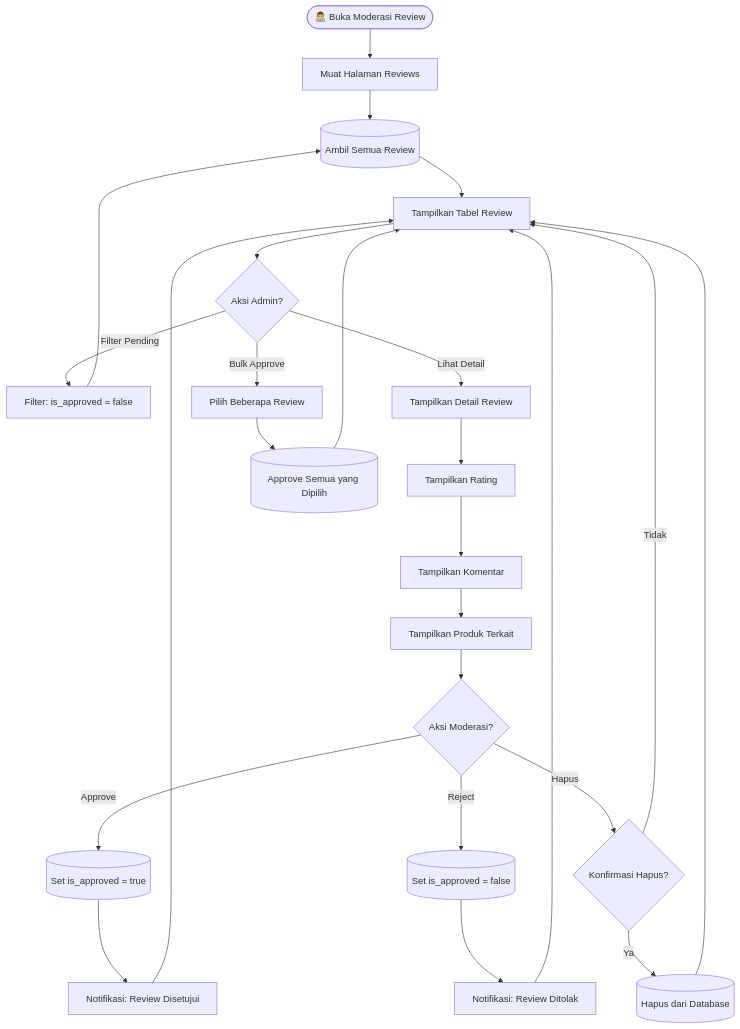
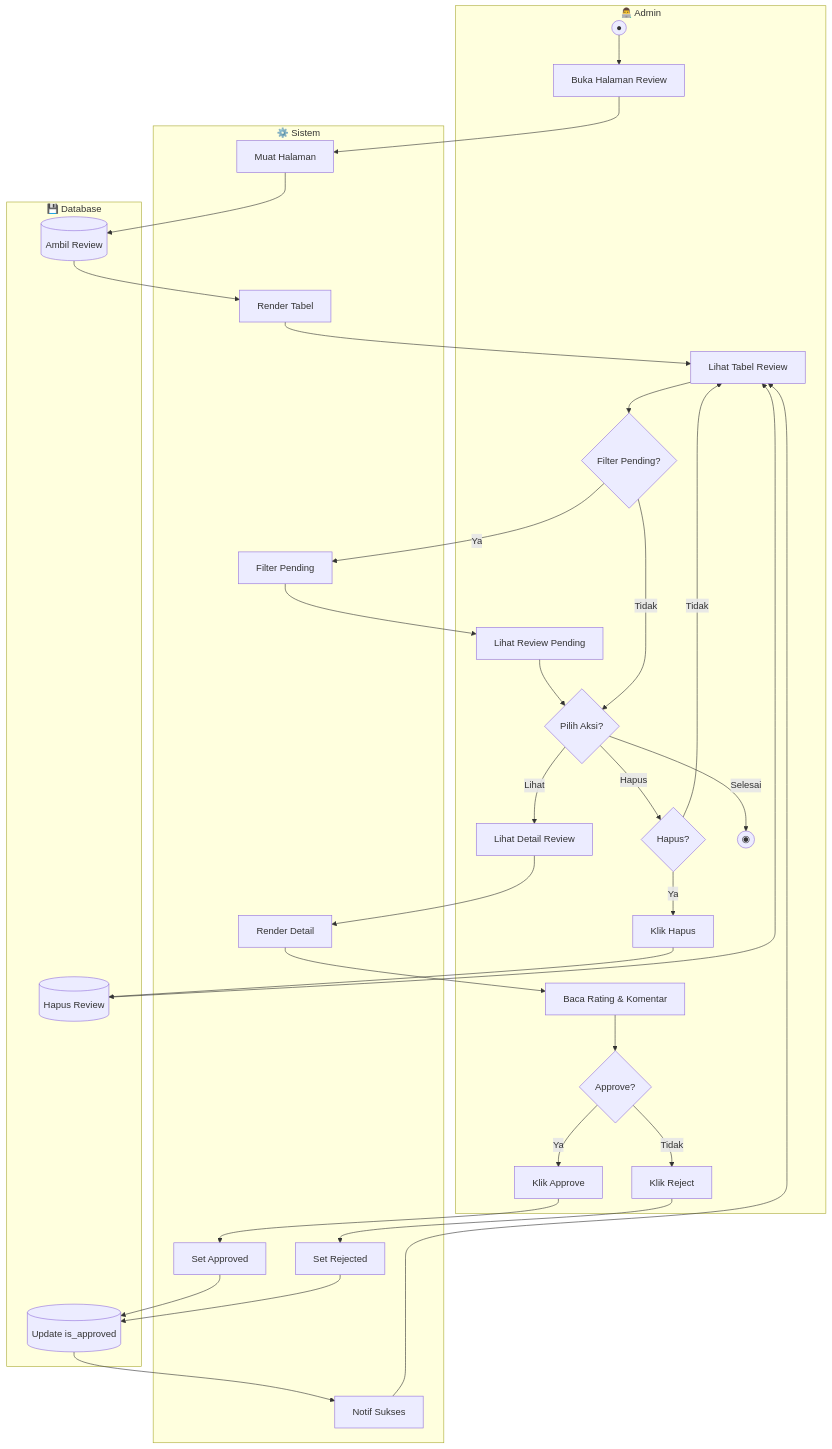
One commit to mustarisyahding07-spec/WEBSITE_SKRIPSI_MUSTARI changed diagram 16 of 17 in docs/ACTIVITY_DIAGRAMS.md. Above: the diagram before and after it, drawn with Mermaid. The commit also changed other lines of this file, not shown here.

Commit message:
docs: update activity diagrams with swimlane format

````diff
--- a/docs/ACTIVITY_DIAGRAMS.md
+++ b/docs/ACTIVITY_DIAGRAMS.md
@@ -669,33 +993,64 @@
 ```mermaid
 flowchart TD
-    Start([👨‍💻 Buka Moderasi Review]) --> LoadPage[Muat Halaman Reviews]
-    LoadPage --> FetchReviews[(Ambil Semua Review)]
-    FetchReviews --> DisplayTable[Tampilkan Tabel Review]
-    DisplayTable --> UserAction{Aksi Admin?}
+    subgraph Admin["👨‍💻 Admin"]
+        A1((●))
+        A2[Buka Halaman Review]
+        A3[Lihat Tabel Review]
+        A4{Filter Pending?}
+        A5[Lihat Review Pending]
+        A6{Pilih Aksi?}
+        A7[Lihat Detail Review]
+        A8[Baca Rating & Komentar]
+        A9{Approve?}
+        A10[Klik Approve]
+        A11[Klik Reject]
+        A12{Hapus?}
+        A13[Klik Hapus]
+        A14((◉))
+    end
     
-    UserAction -->|Filter Pending| FilterPending[Filter: is_approved = false]
-    FilterPending --> FetchReviews
+    subgraph Sistem["⚙️ Sistem"]
+        S1[Muat Halaman]
+        S2[Render Tabel]
+        S3[Filter Pending]
+        S4[Render Detail]
+        S5[Set Approved]
+        S6[Set Rejected]
+        S7[Notif Sukses]
+    end
     
-    UserAction -->|Lihat Detail| ShowReviewDetail[Tampilkan Detail Review]
-    ShowReviewDetail --> DisplayRating[Tampilkan Rating]
-    DisplayRating --> DisplayComment[Tampilkan Komentar]
-    DisplayComment --> DisplayProduct[Tampilkan Produk Terkait]
-    DisplayProduct --> ModerateAction{Aksi Moderasi?}
+    subgraph Database["💾 Database"]
+        D1[(Ambil Review)]
+        D2[(Update is_approved)]
+        D3[(Hapus Review)]
+    end
     
-    ModerateAction -->|Approve| SetApproved[(Set is_approved = true)]
-    SetApproved --> ShowSuccess[Notifikasi: Review Disetujui]
-    ShowSuccess --> DisplayTable
-    
-    ModerateAction -->|Reject| SetRejected[(Set is_approved = false)]
-    SetRejected --> ShowRejectNotif[Notifikasi: Review Ditolak]
-    ShowRejectNotif --> DisplayTable
-    
-    ModerateAction -->|Hapus| ConfirmDelete{Konfirmasi Hapus?}
-    ConfirmDelete -->|Tidak| DisplayTable
-    ConfirmDelete -->|Ya| DeleteReview[(Hapus dari Database)]
-    DeleteReview --> DisplayTable
-    
-    UserAction -->|Bulk Approve| SelectMultiple[Pilih Beberapa Review]
-    SelectMultiple --> BulkApprove[(Approve Semua yang Dipilih)]
-    BulkApprove --> DisplayTable
+    A1 --> A2
+    A2 --> S1
+    S1 --> D1
+    D1 --> S2
+    S2 --> A3
+    A3 --> A4
+    A4 -->|Ya| S3
+    S3 --> A5
+    A5 --> A6
+    A4 -->|Tidak| A6
+    A6 -->|Lihat| A7
+    A7 --> S4
+    S4 --> A8
+    A8 --> A9
+    A9 -->|Ya| A10
+    A10 --> S5
+    S5 --> D2
+    D2 --> S7
+    S7 --> A3
+    A9 -->|Tidak| A11
+    A11 --> S6
+    S6 --> D2
+    A6 -->|Hapus| A12
+    A12 -->|Ya| A13
+    A13 --> D3
+    D3 --> A3
+    A12 -->|Tidak| A3
+    A6 -->|Selesai| A14
 ```
````
